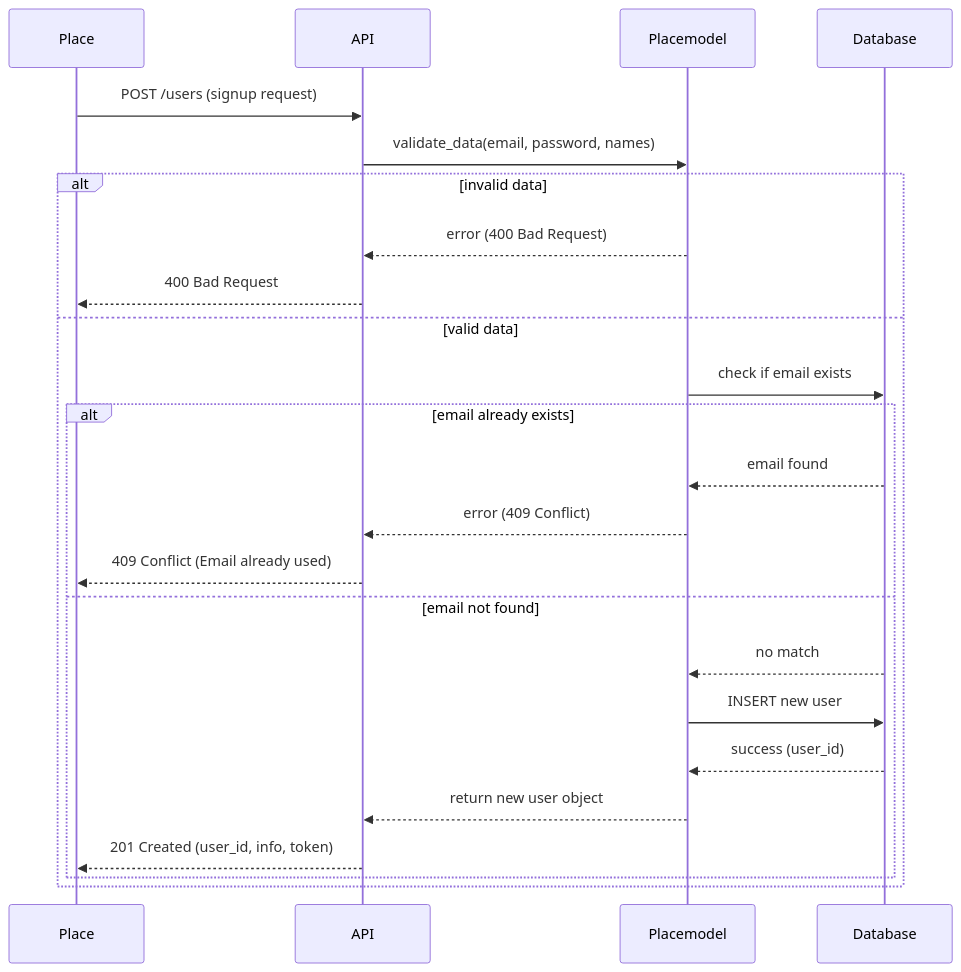
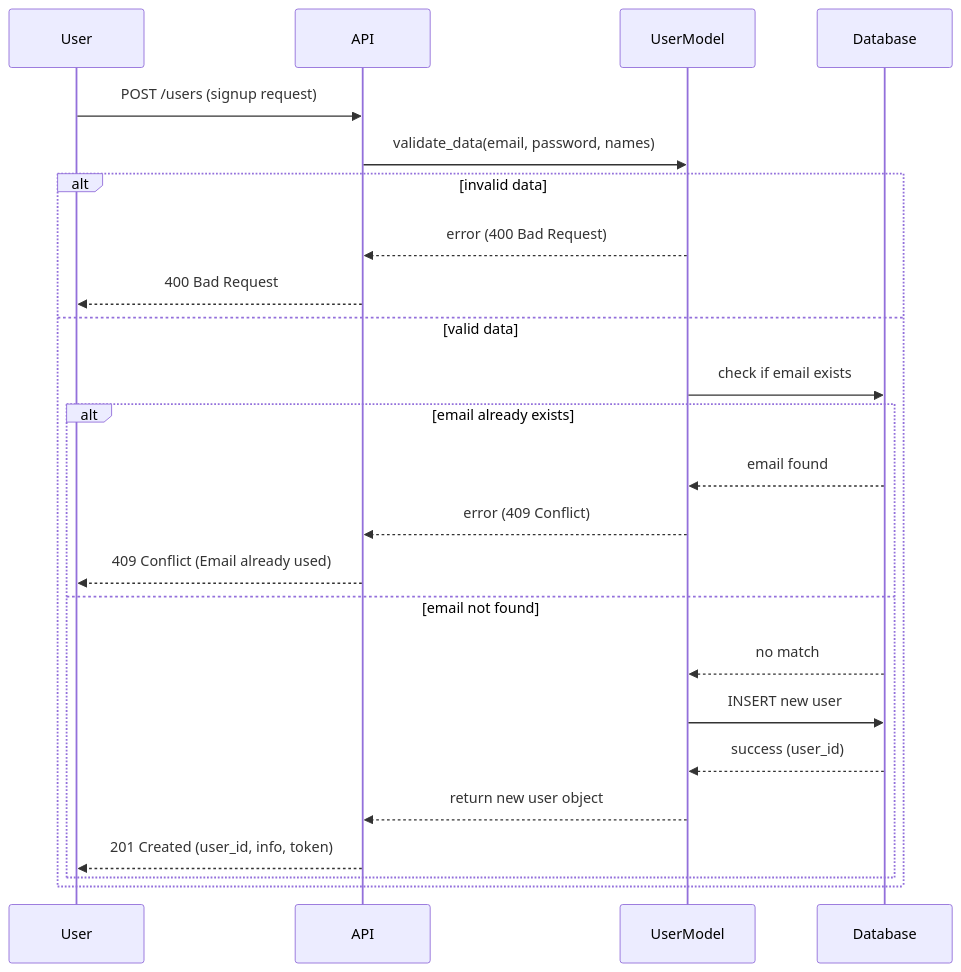
The diagram in part1/sequence_api_call_user.mmd (Krapaud/holbertonschool-hbnb), drawn with Mermaid before and after one commit.

Commit message:
fix: correct participant names in user signup sequence diagram for clarity

```diff
--- a/part1/sequence_api_call_user.mmd
+++ b/part1/sequence_api_call_user.mmd
@@ -1,25 +1,25 @@
 sequenceDiagram
-  participant Client as Place
+  participant Client as User
   participant API as API
-  participant UserModel as Placemodel
+  participant UserModel as UserModel
   participant Database as Database
 
   Client ->> API: POST /users (signup request)
   API ->> UserModel: validate_data(email, password, names)
   alt invalid data
     UserModel -->> API: error (400 Bad Request)
     API -->> Client: 400 Bad Request
   else valid data
     UserModel ->> Database: check if email exists
     alt email already exists
       Database -->> UserModel: email found
       UserModel -->> API: error (409 Conflict)
       API -->> Client: 409 Conflict (Email already used)
     else email not found
       Database -->> UserModel: no match
       UserModel ->> Database: INSERT new user
       Database -->> UserModel: success (user_id)
       UserModel -->> API: return new user object
       API -->> Client: 201 Created (user_id, info, token)
     end
   end
```
